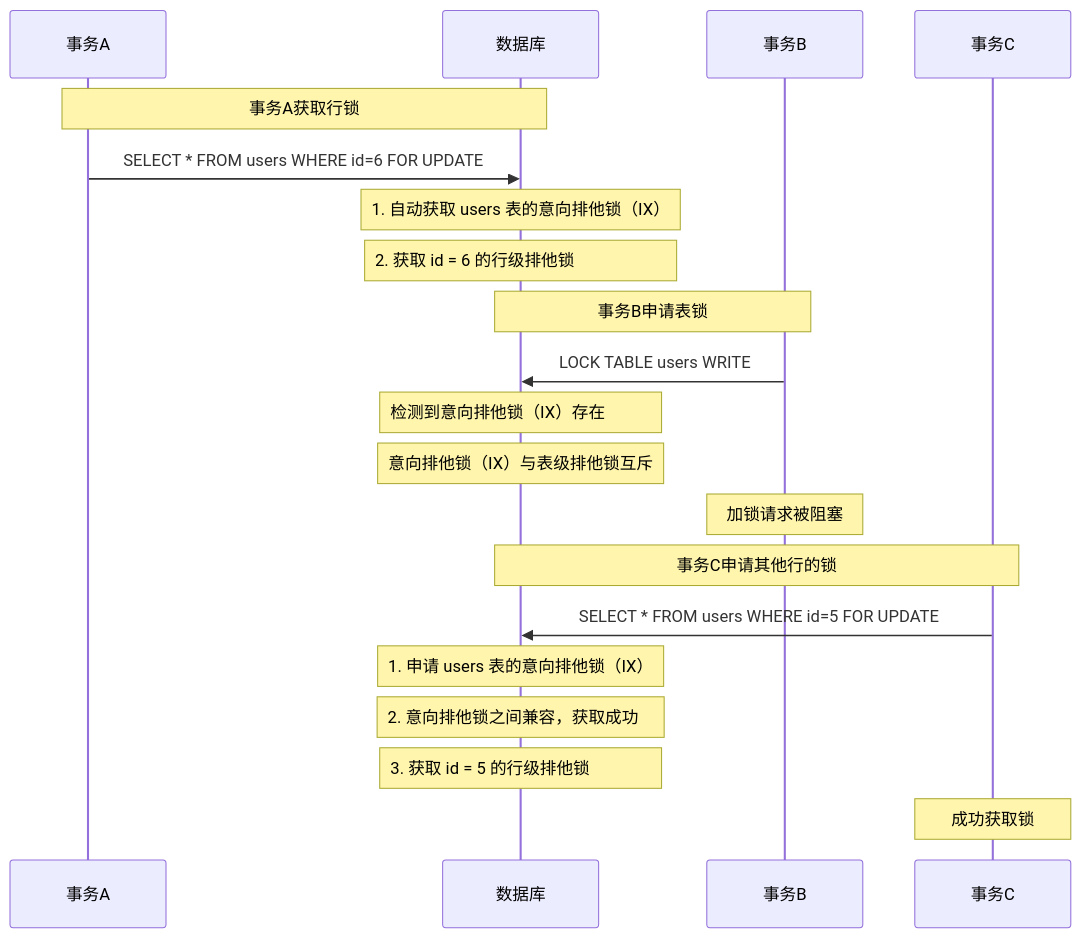
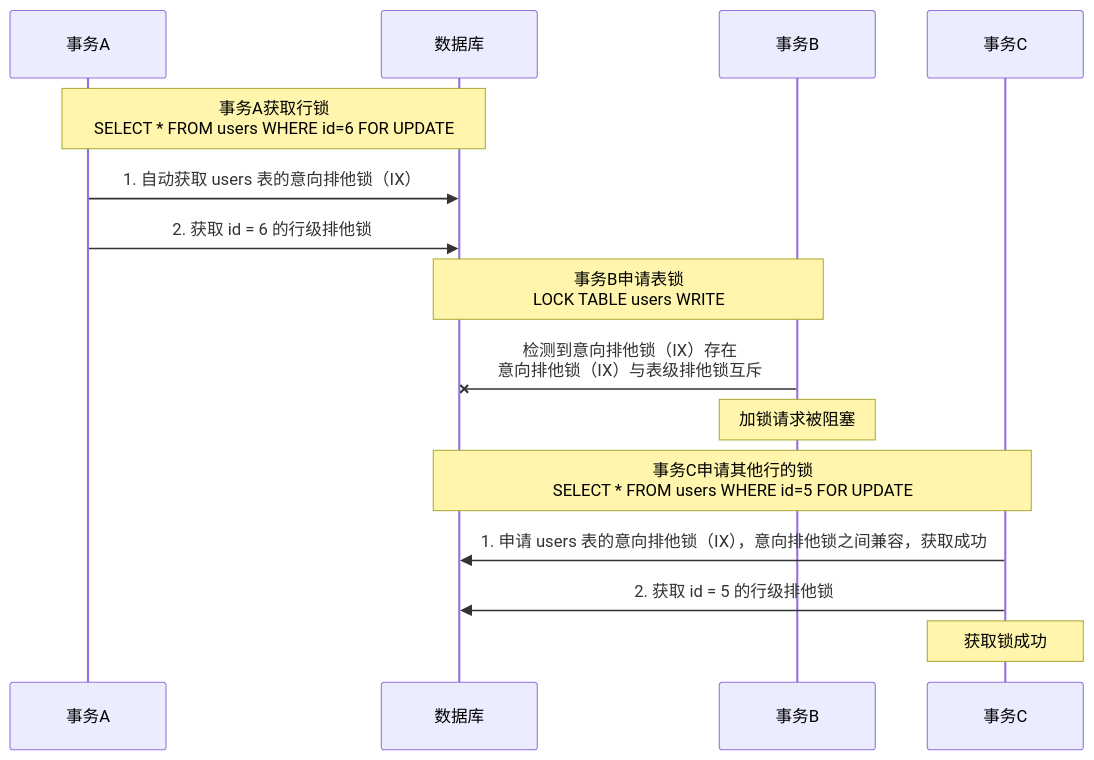
The fourth of 7 diagrams in document/MySQL/MySQL 多粒度锁机制详解.md (watslab/interview_doc), drawn with Mermaid before and after one commit. The commit also changed other lines of this file and 4 other files, not shown here.

````diff
--- a/document/MySQL/MySQL 多粒度锁机制详解.md
+++ b/document/MySQL/MySQL 多粒度锁机制详解.md
@@ -154,28 +154,23 @@
 ```mermaid
 sequenceDiagram
     participant TA as 事务A
     participant DB as 数据库
     participant TB as 事务B
     participant TC as 事务C
     
-    Note over TA,DB: 事务A获取行锁
+    Note over TA,DB: 事务A获取行锁<br/>SELECT * FROM users WHERE id=6 FOR UPDATE
     
-    TA->>DB: SELECT * FROM users WHERE id=6 FOR UPDATE
-    Note over DB: 1. 自动获取 users 表的意向排他锁（IX）
-    Note over DB: 2. 获取 id = 6 的行级排他锁ㅤㅤㅤㅤㅤㅤ
+    TA->>DB: 1. 自动获取 users 表的意向排他锁（IX）
+	TA->>DB: 2. 获取 id = 6 的行级排他锁
     
-    Note over TB,DB: 事务B申请表锁
+    Note over TB,DB: 事务B申请表锁<br/>LOCK TABLE users WRITE
     
-    TB->>DB: LOCK TABLE users WRITE
-    Note over DB: 检测到意向排他锁（IX）存在ㅤㅤㅤ
-    Note over DB: 意向排他锁（IX）与表级排他锁互斥
-    Note over TB: 加锁请求被阻塞
+    TB-xDB: 检测到意向排他锁（IX）存在<br/>意向排他锁（IX）与表级排他锁互斥
+	Note over TB: 加锁请求被阻塞
     
-    Note over TC,DB: 事务C申请其他行的锁
+    Note over TC,DB: 事务C申请其他行的锁<br/>SELECT * FROM users WHERE id=5 FOR UPDATE
     
-    TC->>DB: SELECT * FROM users WHERE id=5 FOR UPDATE
-    Note over DB: 1. 申请 users 表的意向排他锁（IX）
-    Note over DB: 2. 意向排他锁之间兼容，获取成功ㅤ
-    Note over DB: 3. 获取 id = 5 的行级排他锁ㅤㅤㅤㅤ
-    Note over TC: 成功获取锁
+    TC->>DB: 1. 申请 users 表的意向排他锁（IX），意向排他锁之间兼容，获取成功
+	TC->>DB: 2. 获取 id = 5 的行级排他锁
+    Note over TC: 获取锁成功
 ```
````
